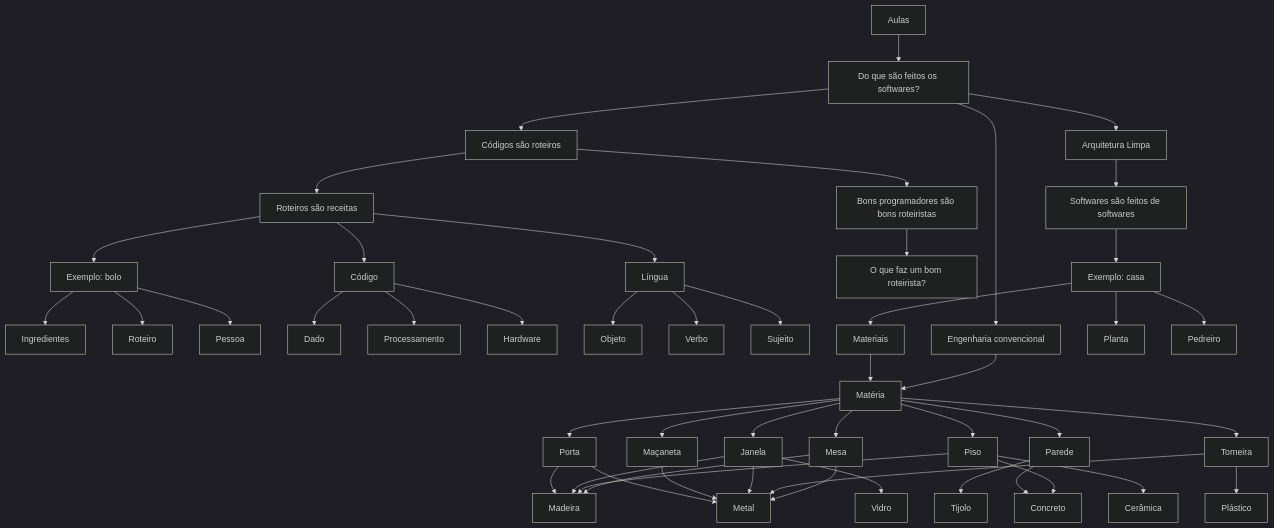
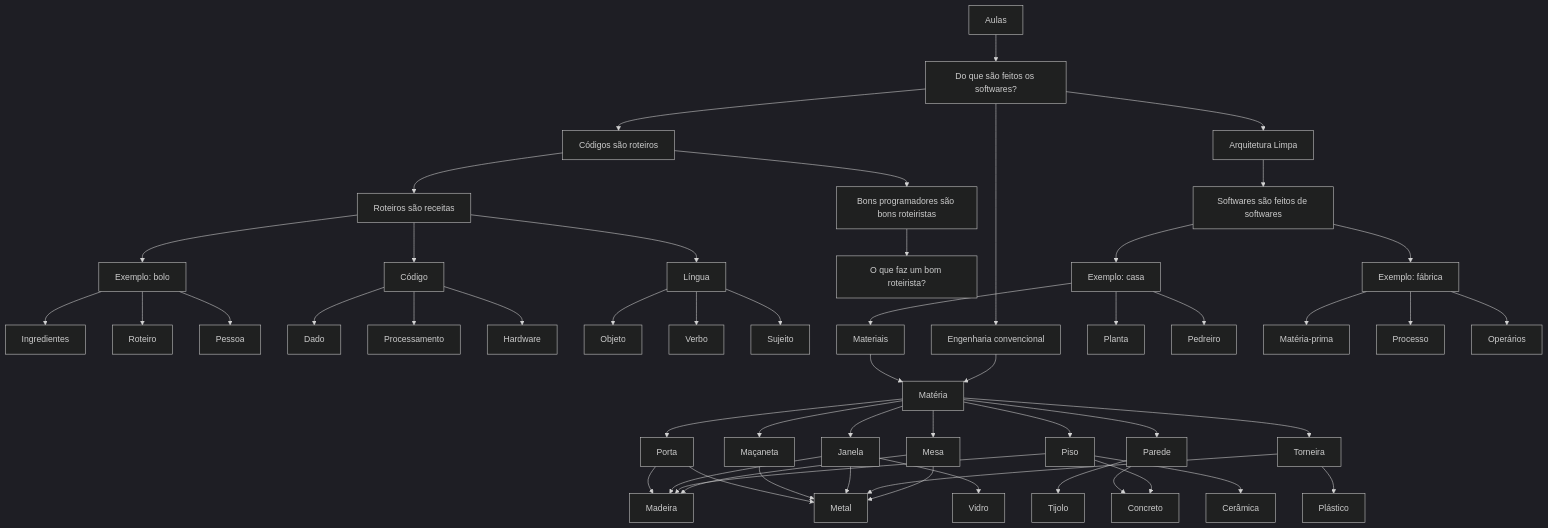
Before and after one commit to laerciogermano/workstation: the diagram in aulas/README.md, drawn with Mermaid (dark theme). The commit also changed other lines of this file, not shown here.

Commit message:
Adiciona Exemplo: fábrica com Matéria-prima, Processo e Operários.

```diff
--- a/aulas/README.md
+++ b/aulas/README.md
@@ -27,6 +27,10 @@
   HM[Materiais]
   HP[Planta]
   HPe[Pedreiro]
+  FAB[Exemplo: fábrica]
+  FM[Matéria-prima]
+  FP[Processo]
+  FO[Operários]
   M[Matéria]
   CP1[Porta]
   CP2[Maçaneta]
@@ -48,10 +52,14 @@
   B --> C
   AL --> SFS
   SFS --> CASA
+  SFS --> FAB
   CASA --> HM
   CASA --> HP
   CASA --> HPe
   HM --> M
+  FAB --> FM
+  FAB --> FP
+  FAB --> FO
   C --> D
   C --> E
   E --> F
```
